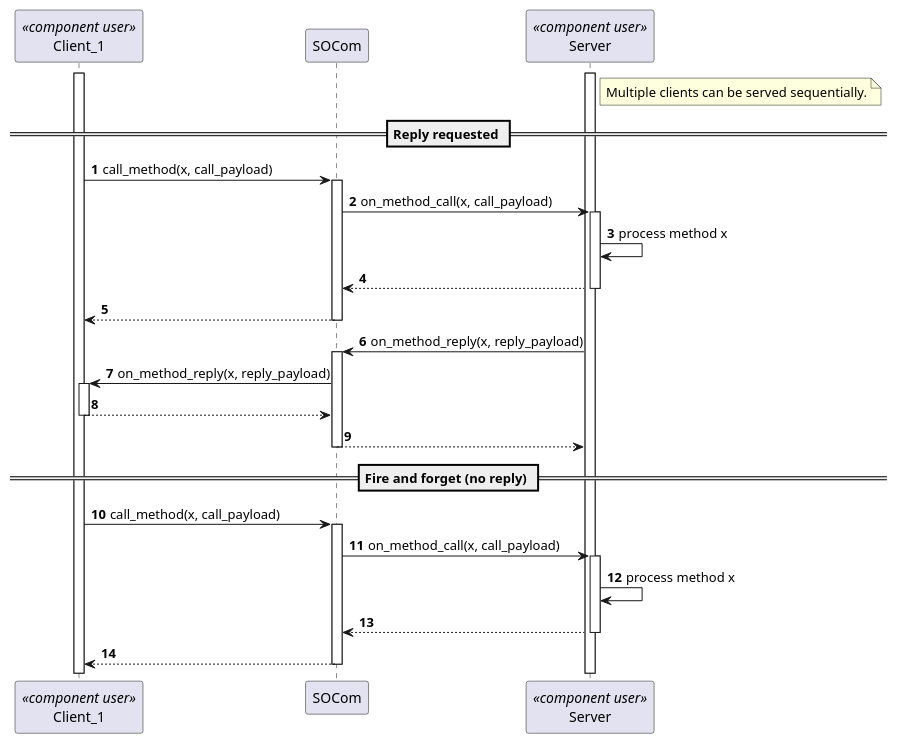
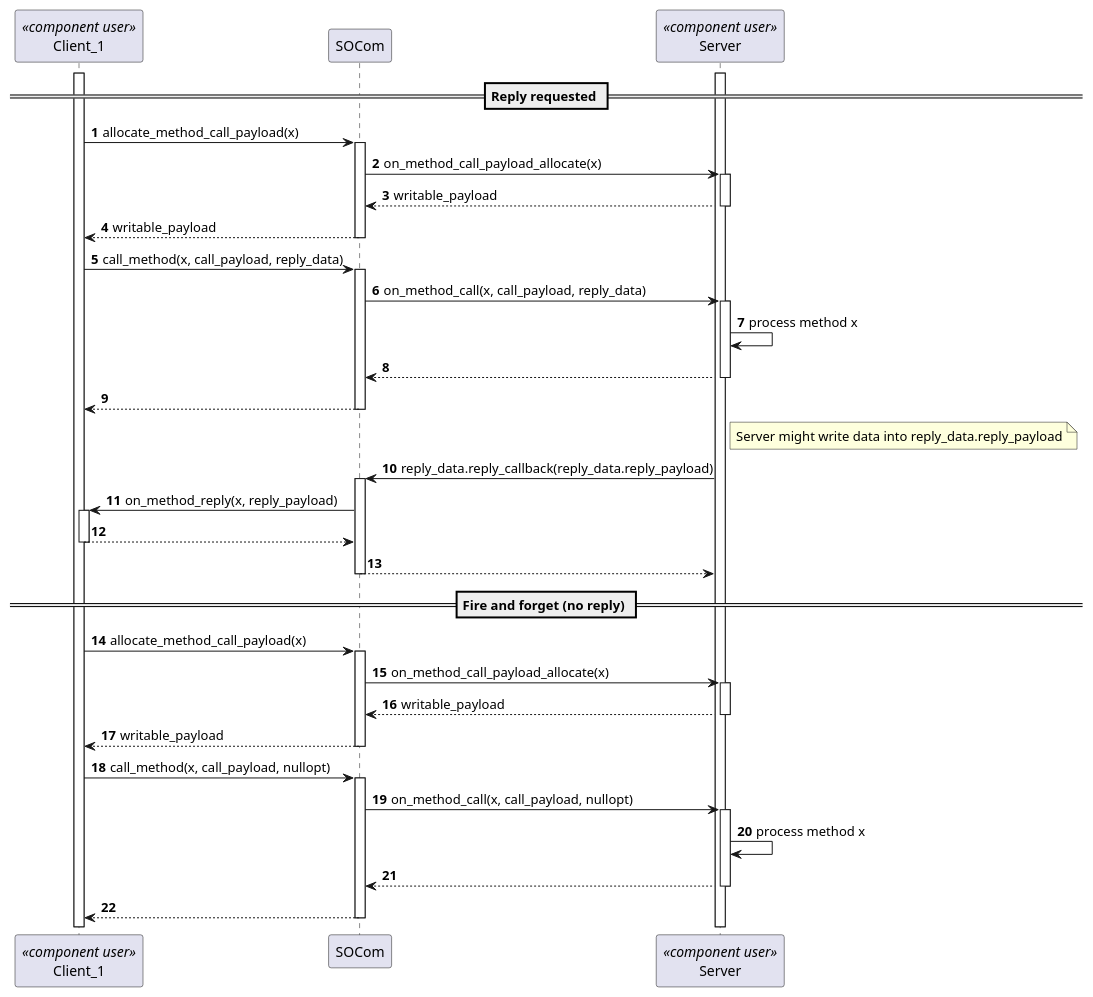
The diagram in src/socom/doc/design/models/interaction_diagram_method_communication.puml (eclipse-score/inc_someip_gateway), drawn with PlantUML before and after one commit. The commit also changed 1 other file, not shown here.

Commit message:
In sequence diagrams

```diff
--- a/src/socom/doc/design/models/interaction_diagram_method_communication.puml
+++ b/src/socom/doc/design/models/interaction_diagram_method_communication.puml
@@ -14,42 +14,57 @@
 @startuml
 participant Client_1 <<component user>>
 participant SOCom
 participant Server <<component user>>
 autonumber
 activate Server
 activate Client_1
 
-note right of Server
-    Multiple clients can be served sequentially.
-end note
-
 == Reply requested ==
 
-Client_1 -> SOCom : call_method(x, call_payload)
+Client_1 -> SOCom : allocate_method_call_payload(x)
+activate SOCom
+SOCom -> Server : on_method_call_payload_allocate(x)
+activate Server
+return writable_payload
+return writable_payload
+
+Client_1 -> SOCom : call_method(x, call_payload, reply_data)
 
 activate SOCom
-SOCom -> Server : on_method_call(x, call_payload)
+SOCom -> Server : on_method_call(x, call_payload, reply_data)
 activate Server
 Server -> Server : process method x
 return
 return
 
-Server -> SOCom : on_method_reply(x, reply_payload)
+note right of Server
+    Server might write data into reply_data.reply_payload
+end note
+
+Server -> SOCom : reply_data.reply_callback(reply_data.reply_payload)
 activate SOCom
 SOCom -> Client_1 : on_method_reply(x, reply_payload)
 activate Client_1
 return
 SOCom --> Server
 
 deactivate SOCom
 == Fire and forget (no reply) ==
-Client_1 -> SOCom : call_method(x, call_payload)
+
+Client_1 -> SOCom : allocate_method_call_payload(x)
+activate SOCom
+SOCom -> Server : on_method_call_payload_allocate(x)
+activate Server
+return writable_payload
+return writable_payload
+
+Client_1 -> SOCom : call_method(x, call_payload, nullopt)
 activate SOCom
 
-SOCom -> Server : on_method_call(x, call_payload)
+SOCom -> Server : on_method_call(x, call_payload, nullopt)
 activate Server
 
 Server -> Server : process method x
 return
 return
 @enduml
```
